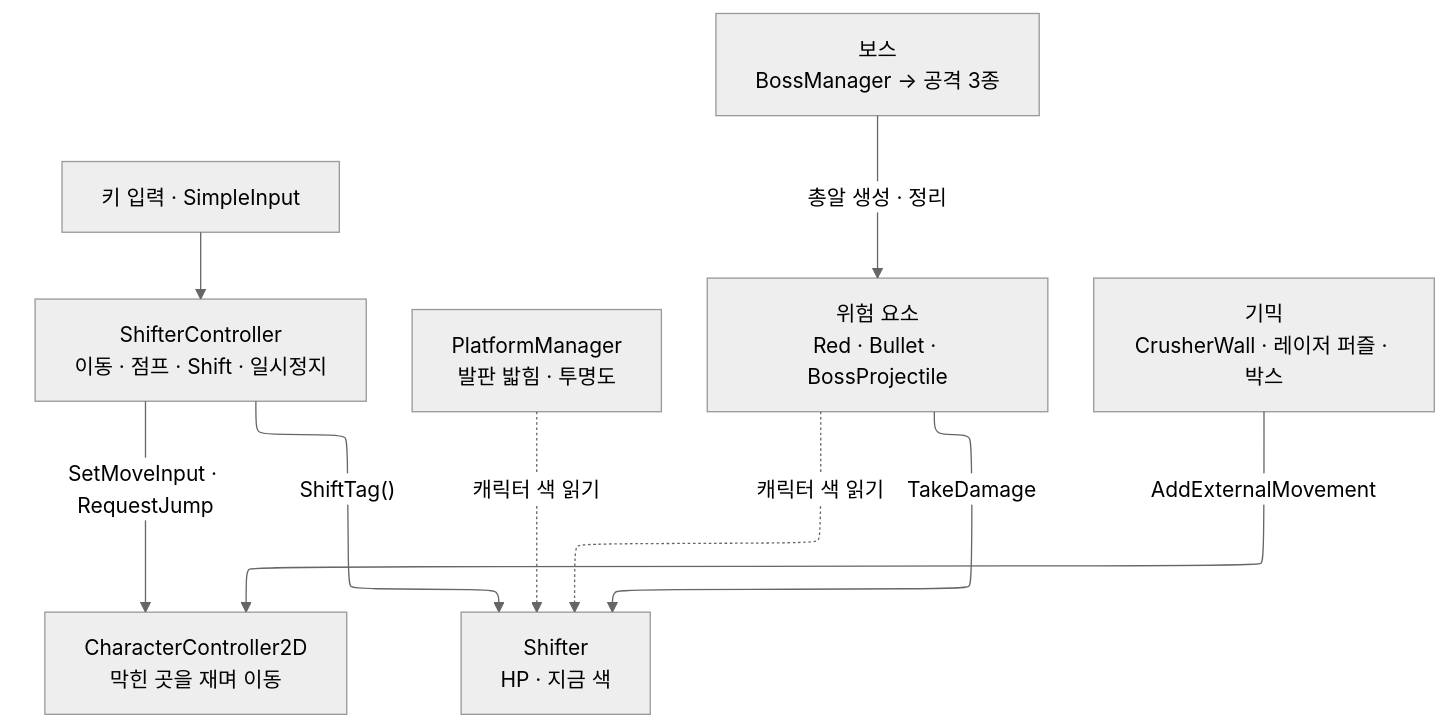
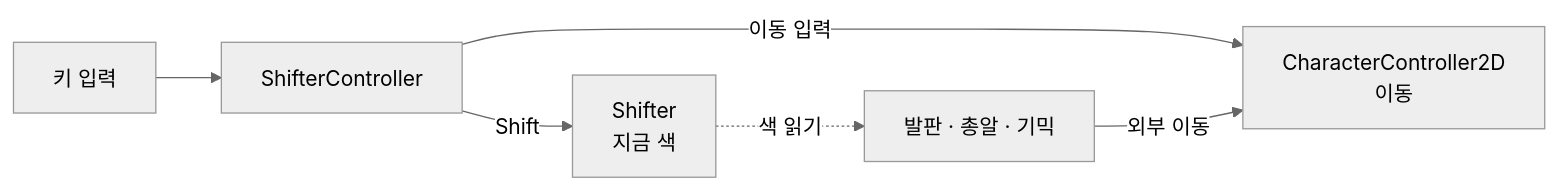
The second of 6 diagrams in src/Shifter/Shifter_기술문서.md (rlawlsdn77/portfolio), drawn with Mermaid (neutral theme) before and after one commit. The commit also changed other lines of this file and 2 other files, not shown here.

Commit message:
기술문서 업데이트

````diff
--- a/src/Shifter/Shifter_기술문서.md
+++ b/src/Shifter/Shifter_기술문서.md
@@ -84,21 +84,8 @@
 ```mermaid
-%%{init: {"layout": "elk"}}%%
-flowchart TB
-    IN["키 입력 · SimpleInput"]
-    PC["ShifterController<br/>이동 · 점프 · Shift · 일시정지"]
-    CC["CharacterController2D<br/>막힌 곳을 재며 이동"]
-    SH["Shifter<br/>HP · 지금 색"]
-    PM["PlatformManager<br/>발판 밟힘 · 투명도"]
-    HZ["위험 요소<br/>Red · Bullet · BossProjectile"]
-    PZ["기믹<br/>CrusherWall · 레이저 퍼즐 · 박스"]
-    BS["보스<br/>BossManager → 공격 3종"]
-
-    IN --> PC
-    PC -->|"SetMoveInput · RequestJump"| CC
-    PC -->|"ShiftTag()"| SH
-    PM -.->|"캐릭터 색 읽기"| SH
-    HZ -->|"TakeDamage"| SH
-    HZ -.->|"캐릭터 색 읽기"| SH
-    PZ -->|"AddExternalMovement"| CC
-    BS -->|"총알 생성 · 정리"| HZ
+flowchart LR
+    IN["키 입력"] --> PC["ShifterController"]
+    PC -->|"Shift"| SH["Shifter<br/>지금 색"]
+    PC -->|"이동 입력"| CC["CharacterController2D<br/>이동"]
+    SH -.->|"색 읽기"| W["발판 · 총알 · 기믹"]
+    W -->|"외부 이동"| CC
 ```
````
